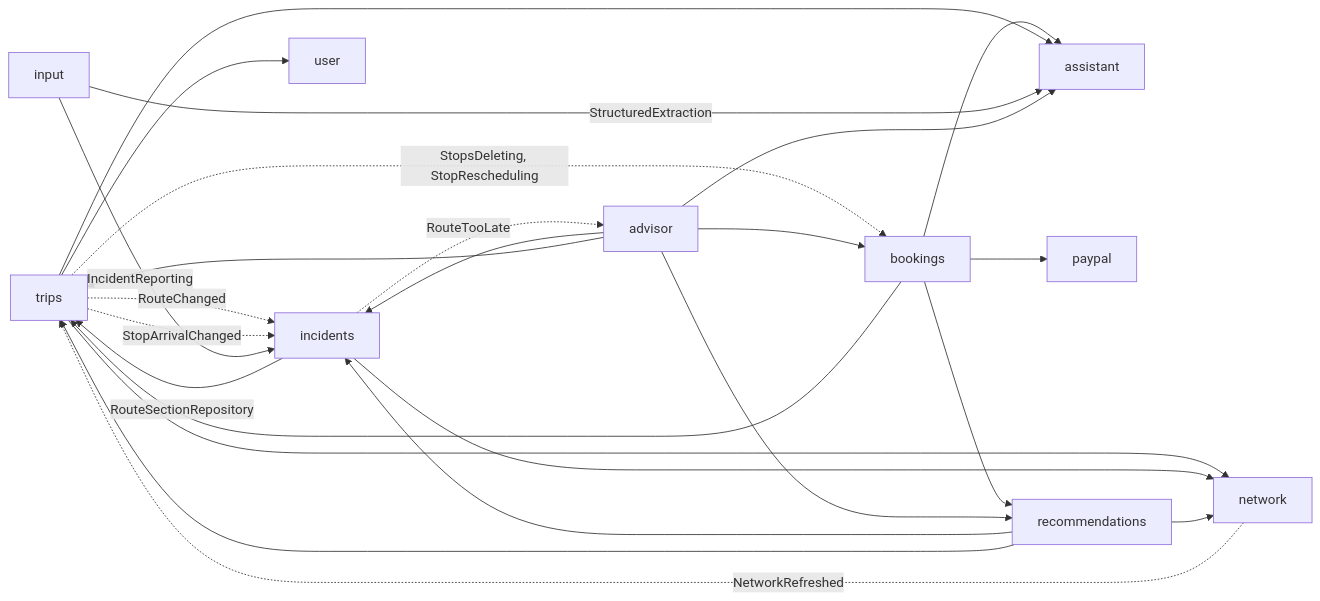
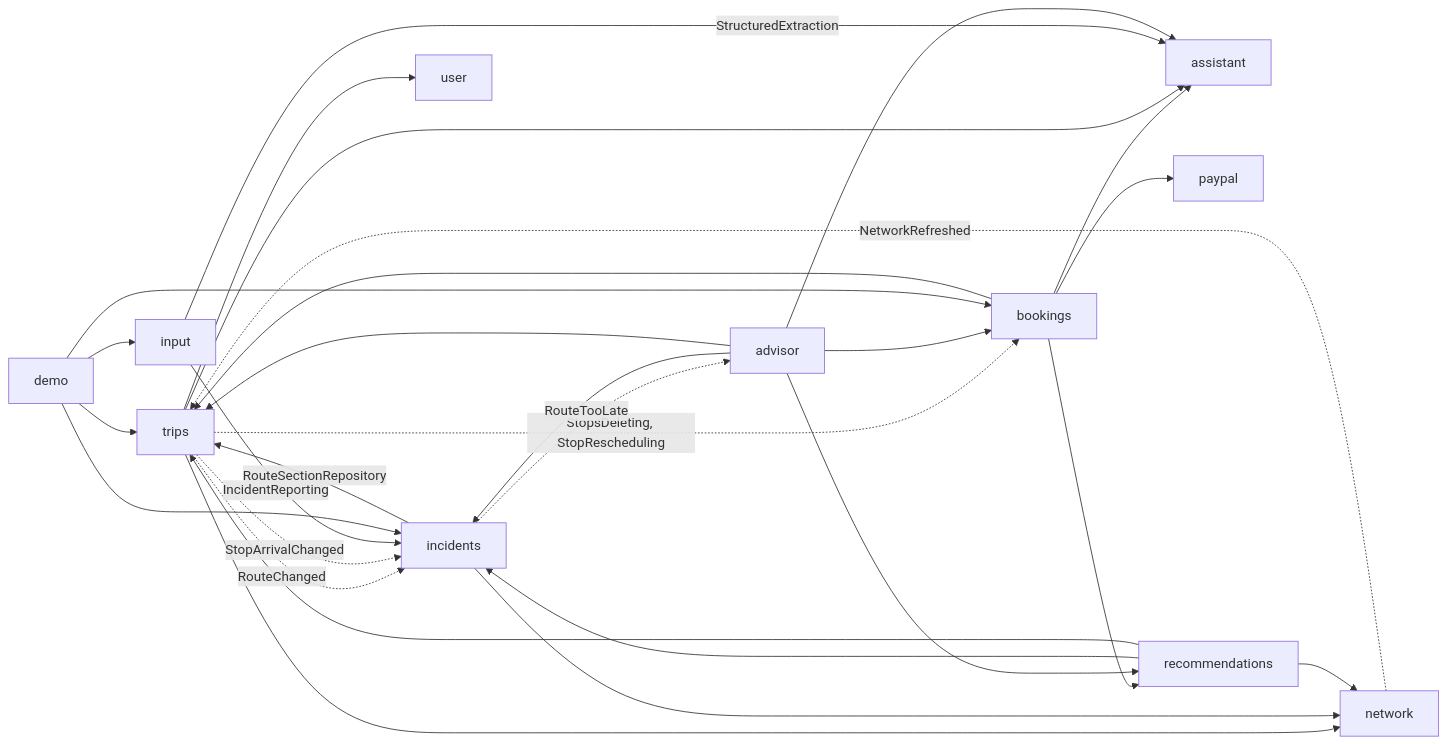
One commit to kehrbros/nofrustrationvacation changed the second of 2 diagrams in Docs/architecture.md. Above: the diagram before and after it, drawn with Mermaid. The commit also changed other lines of this file and 14 other files, not shown here.

````diff
--- a/Docs/architecture.md
+++ b/Docs/architecture.md
@@ -66,27 +67,31 @@
 ```mermaid
 flowchart LR
     trips --> network
     bookings --> trips
     bookings --> assistant
     bookings --> paypal
     bookings --> recommendations
     trips --> assistant
     incidents --> network
     incidents -->|RouteSectionRepository| trips
     trips -.->|RouteChanged| incidents
     trips -.->|StopsDeleting, StopRescheduling| bookings
     trips -.->|StopArrivalChanged| incidents
     input -->|IncidentReporting| incidents
     input -->|StructuredExtraction| assistant
     trips --> user
     recommendations --> network
     recommendations --> incidents
     recommendations --> trips
     advisor --> recommendations
     advisor --> incidents
     advisor --> trips
     advisor --> assistant
     advisor --> bookings
     incidents -.->|RouteTooLate| advisor
     network -.->|NetworkRefreshed| trips
+    demo --> trips
+    demo --> bookings
+    demo --> incidents
+    demo --> input
 ```
````
